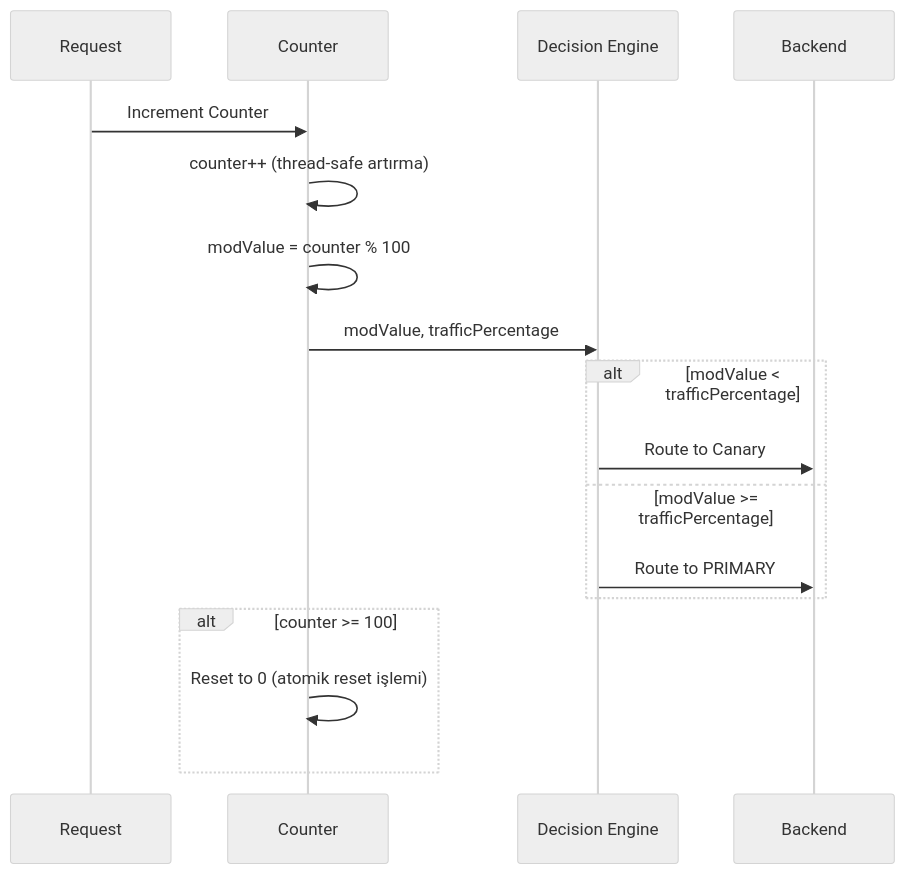
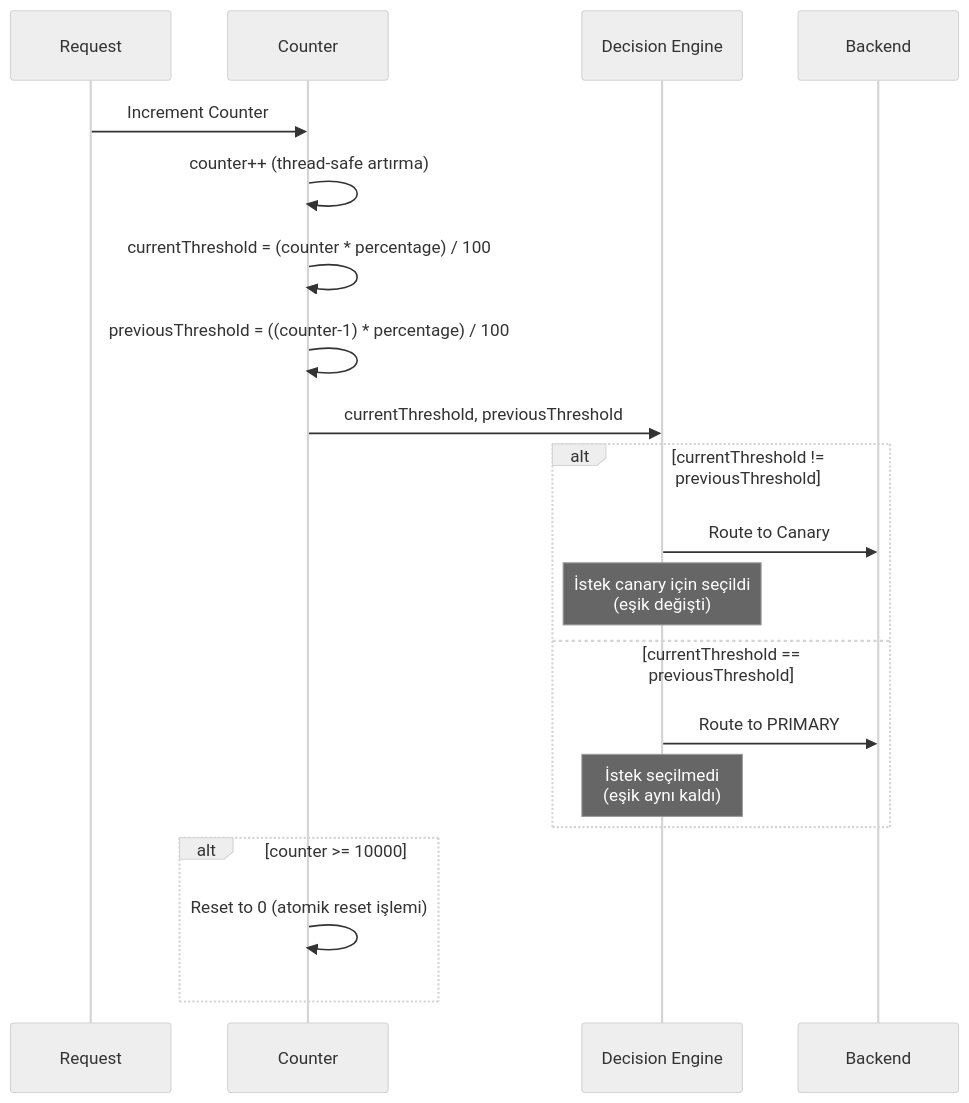
The first of 4 diagrams in tr/develop/yonlendirme/canary-ve-traffic-mirroring.mdx (apinizer/docs), drawn with Mermaid (neutral theme) before and after one commit. The commit also changed other lines of this file and 1 other file, not shown here.

First line of the commit message:
docs: Canary release için Bresenham-style distribution algoritması ve counter reset mekanizması güncellemeleri

````diff
--- a/tr/develop/yonlendirme/canary-ve-traffic-mirroring.mdx
+++ b/tr/develop/yonlendirme/canary-ve-traffic-mirroring.mdx
@@ -59,22 +83,25 @@
 ```mermaid
 sequenceDiagram
     participant R as Request
     participant C as Counter
     participant D as Decision Engine
     participant BE as Backend
     
     R->>C: Increment Counter
     C->>C: counter++ (thread-safe artırma)
-    C->>C: modValue = counter % 100
-    C->>D: modValue, trafficPercentage
+    C->>C: currentThreshold = (counter * percentage) / 100
+    C->>C: previousThreshold = ((counter-1) * percentage) / 100
+    C->>D: currentThreshold, previousThreshold
     
-    alt modValue < trafficPercentage
+    alt currentThreshold != previousThreshold
         D->>BE: Route to Canary
-    else modValue >= trafficPercentage
+        Note over D: İstek canary için seçildi<br/>(eşik değişti)
+    else currentThreshold == previousThreshold
         D->>BE: Route to PRIMARY
+        Note over D: İstek seçilmedi<br/>(eşik aynı kaldı)
     end
     
-    alt counter >= 100
+    alt counter >= 10000
         C->>C: Reset to 0 (atomik reset işlemi)
     end
 ```
````
